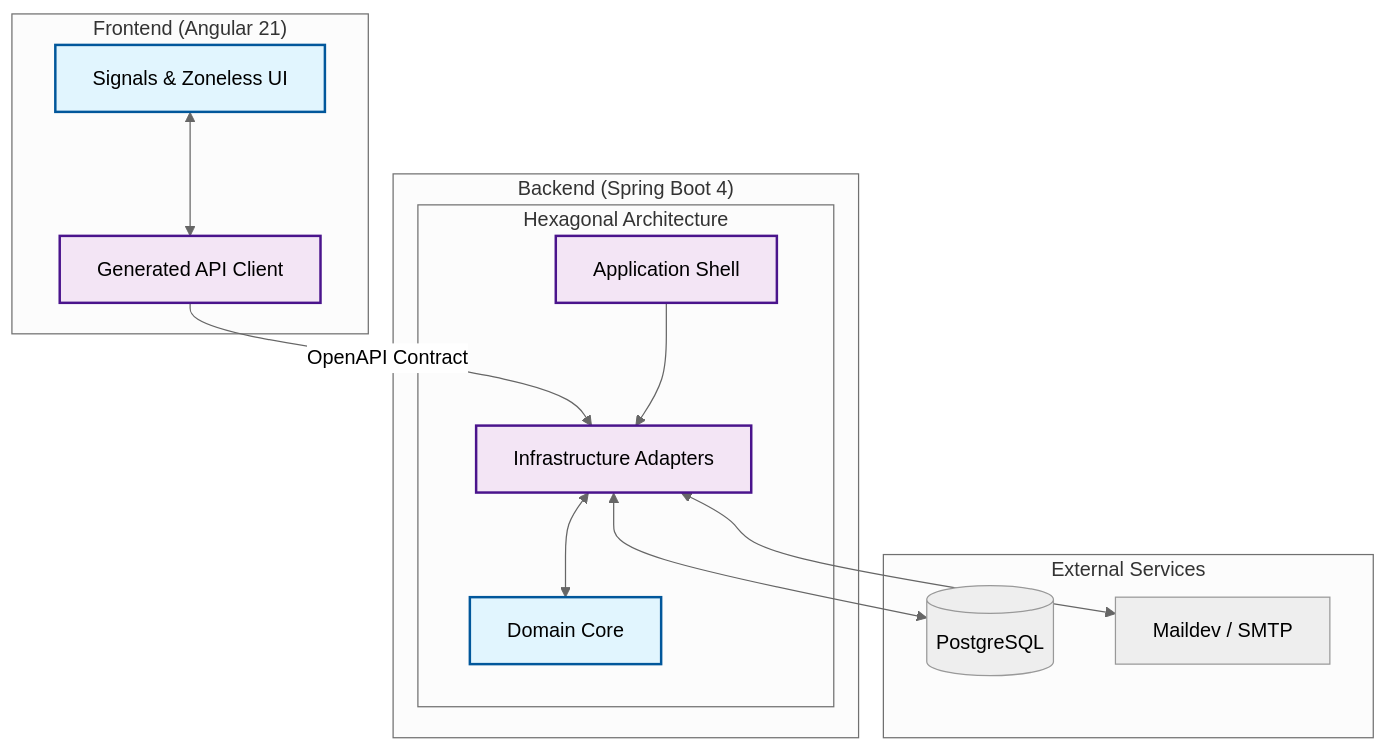
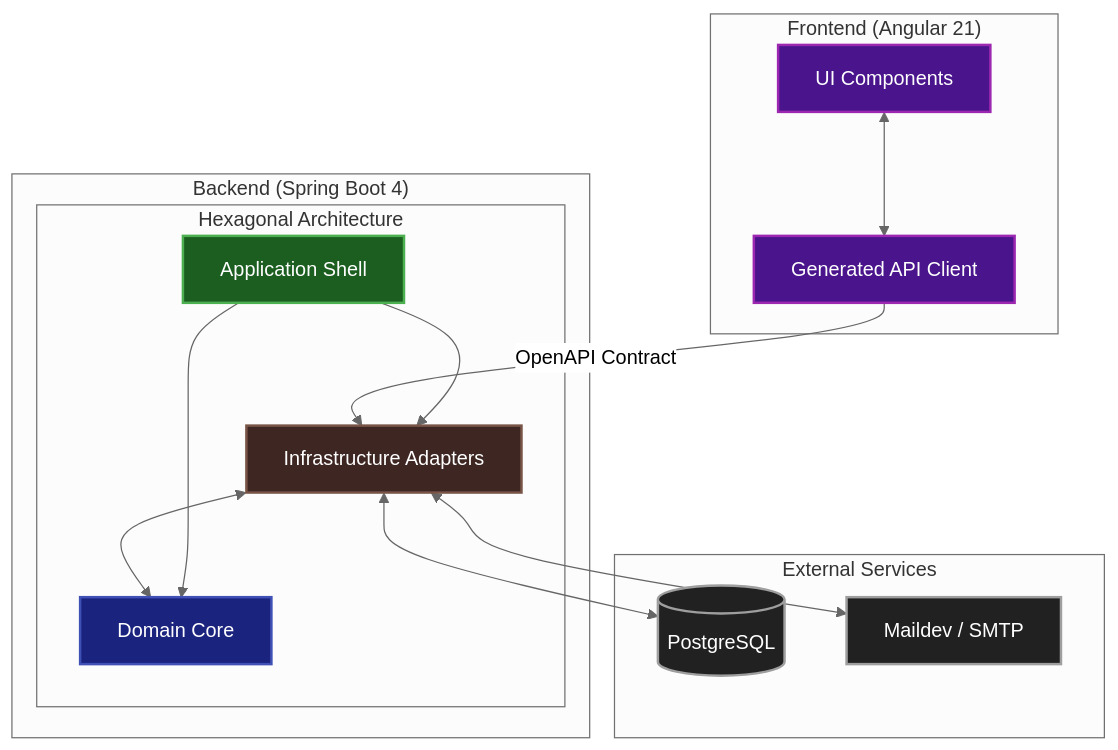
One commit to vmillet-dev/tripr-app changed the diagram in README.md. Above: the diagram before and after it, drawn with Mermaid (neutral theme). The commit also changed other lines of this file and 2 other files, not shown here.

````diff
--- a/README.md
+++ b/README.md
@@ -14,32 +14,41 @@
 ```mermaid
 graph TB
     subgraph Client ["Frontend (Angular 21)"]
-        UI[Signals & Zoneless UI]
+        UI[UI Components]
         API_C[Generated API Client]
     end
 
     subgraph Server ["Backend (Spring Boot 4)"]
         subgraph Hex ["Hexagonal Architecture"]
             APP[Application Shell]
             INF[Infrastructure Adapters]
             DOM[Domain Core]
         end
     end
 
     subgraph External ["External Services"]
         DB[(PostgreSQL)]
         SMTP[Maildev / SMTP]
     end
 
     UI <--> API_C
     API_C -- "OpenAPI Contract" --> INF
     INF <--> DOM
     APP --> INF
+    APP --> DOM
     INF <--> DB
     INF <--> SMTP
 
-    classDef primary fill:#e1f5fe,stroke:#01579b,stroke-width:2px;
-    classDef secondary fill:#f3e5f5,stroke:#4a148c,stroke-width:2px;
-    class DOM,UI primary;
-    class INF,APP,API_C secondary;
+    %% Dark mode friendly styling
+    classDef domain fill:#1a237e,stroke:#3f51b5,stroke-width:2px,color:#ffffff;
+    classDef infra fill:#3e2723,stroke:#795548,stroke-width:2px,color:#ffffff;
+    classDef app fill:#1b5e20,stroke:#4caf50,stroke-width:2px,color:#ffffff;
+    classDef client fill:#4a148c,stroke:#9c27b0,stroke-width:2px,color:#ffffff;
+    classDef external fill:#212121,stroke:#9e9e9e,stroke-width:2px,color:#ffffff;
+
+    class DOM domain;
+    class INF infra;
+    class APP app;
+    class UI,API_C client;
+    class DB,SMTP external;
 ```
````
